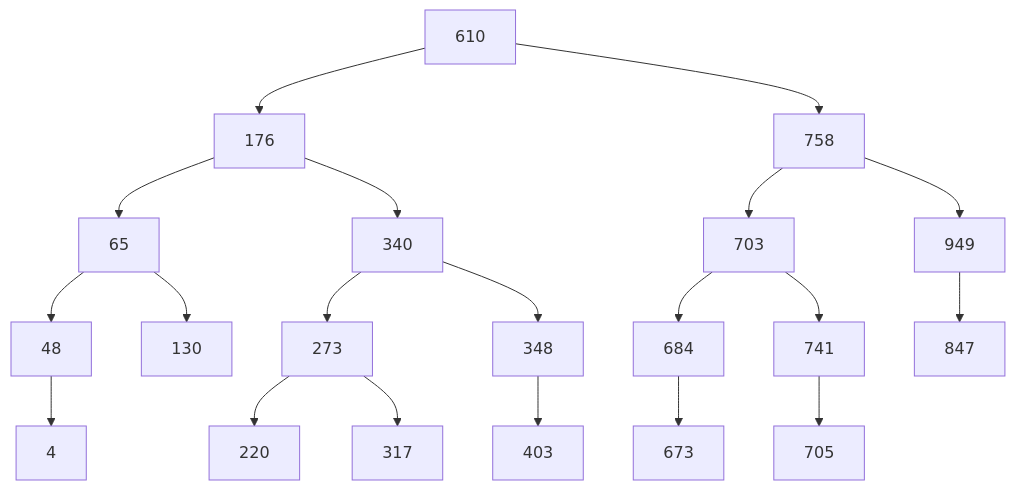
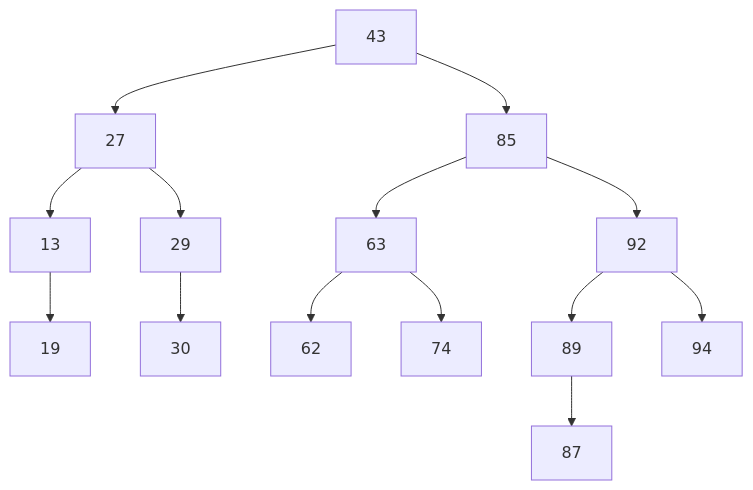
The diagram in hugo/content/tasks/binary.md (Clowww109/HugoServer), drawn with Mermaid before and after one commit. The commit also changed other lines of this file and 15 other files, not shown here.

```diff
--- a/hugo/content/tasks/binary.md
+++ b/hugo/content/tasks/binary.md
@@ -121,23 +20,16 @@
 {{< mermaid >}}
 graph TD
-610 --> 176
-176 --> 65
-65 --> 48
-48 --> 4
-65 --> 130
-176 --> 340
-340 --> 273
-273 --> 220
-273 --> 317
-340 --> 348
-348 --> 403
-610 --> 758
-758 --> 703
-703 --> 684
-684 --> 673
-703 --> 741
-741 --> 705
-758 --> 949
-949 --> 847
-
-{{< /mermaid >}}
+ 43 --> 27
+43 --> 85
+27 --> 13
+27 --> 29
+13 --> 19
+29 --> 30
+85 --> 63
+85 --> 92
+63 --> 62
+63 --> 74
+92 --> 89
+92 --> 94
+89 --> 87
+ {{< /mermaid >}}
```
